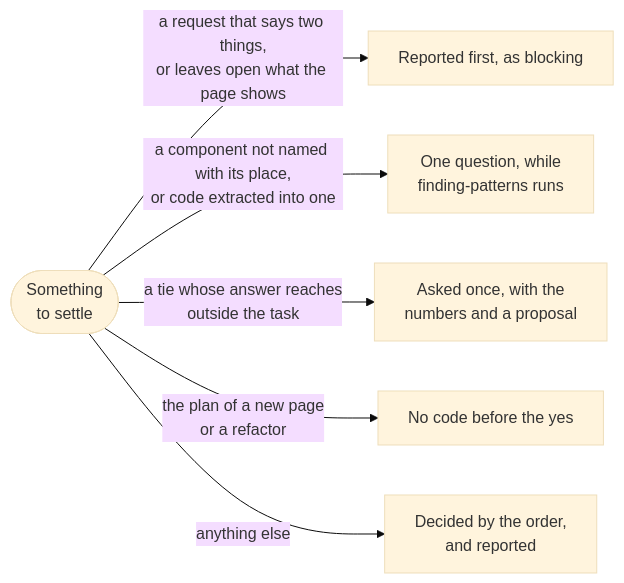
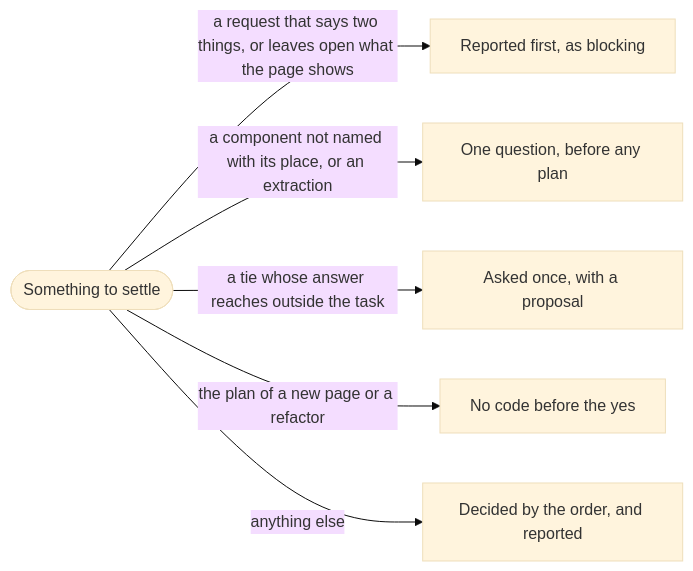
One commit to kamenkurtev/ui-consistency changed the fourth of 7 diagrams in docs/how-it-works.md. Above: the diagram before and after it, drawn with Mermaid (base theme). The commit also changed other lines of this file, not shown here.

Commit message:
Let the diagrams' labels wrap on their own (#466)

````diff
--- a/docs/how-it-works.md
+++ b/docs/how-it-works.md
@@ -94,9 +94,9 @@
 ```mermaid
 flowchart LR
-  Q(["Something<br>to settle"])
-  Q -->|"a request that says two things,<br>or leaves open what the page shows"| B["Reported first, as blocking"]
-  Q -->|"a component not named with its place,<br>or code extracted into one"| N["One question, while<br>finding-patterns runs"]
-  Q -->|"a tie whose answer reaches<br>outside the task"| T["Asked once, with the<br>numbers and a proposal"]
-  Q -->|"the plan of a new page<br>or a refactor"| Y["No code before the yes"]
-  Q -->|"anything else"| O["Decided by the order,<br>and reported"]
+  Q(["Something to settle"])
+  Q -->|"a request that says two things, or leaves open what the page shows"| B["Reported first, as blocking"]
+  Q -->|"a component not named with its place, or an extraction"| N["One question, before any plan"]
+  Q -->|"a tie whose answer reaches outside the task"| T["Asked once, with a proposal"]
+  Q -->|"the plan of a new page or a refactor"| Y["No code before the yes"]
+  Q -->|"anything else"| O["Decided by the order, and reported"]
 ```
````
